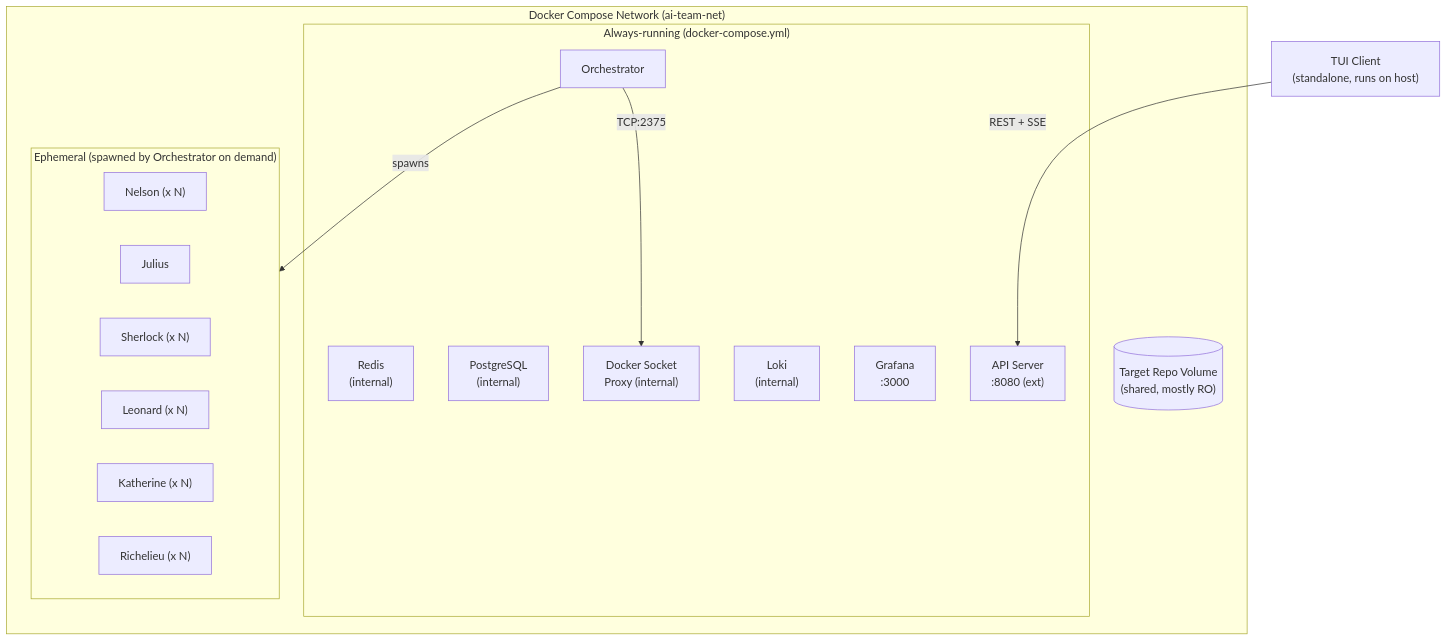
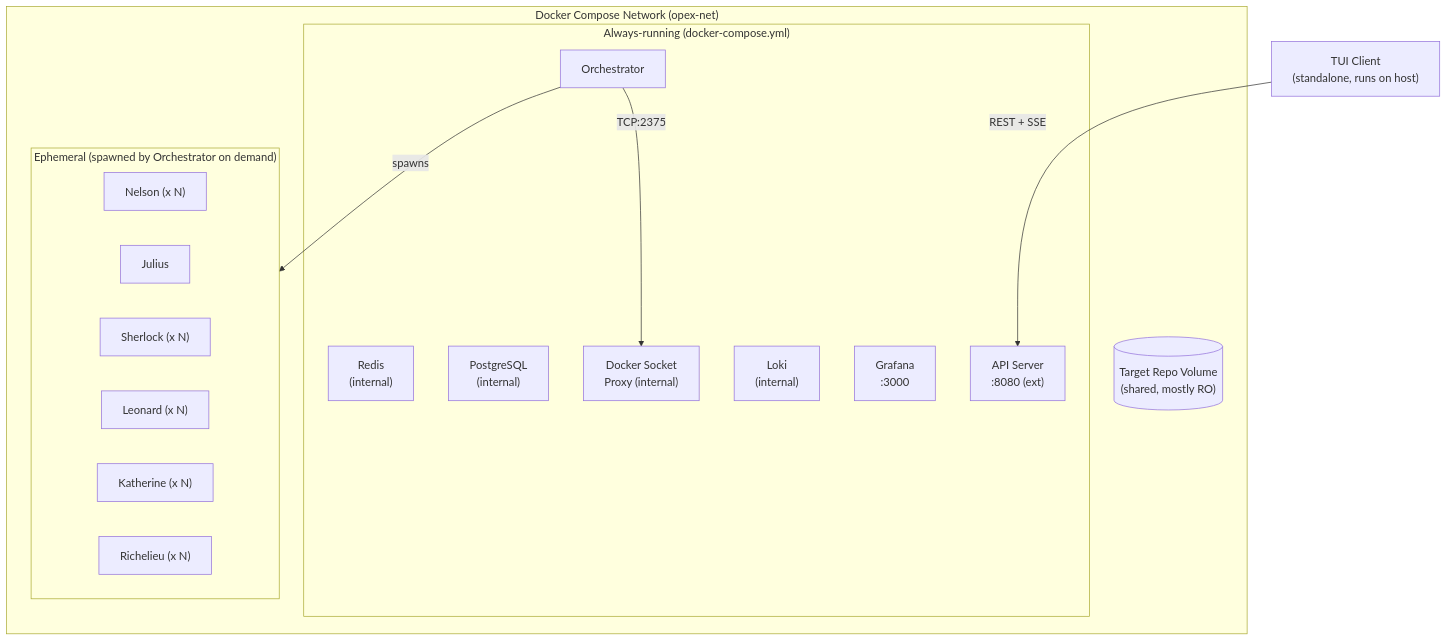
Before and after one commit to 0xc14m1z/opex: the first of 2 diagrams in docs/specs/05-infrastructure.md, drawn with Mermaid. The commit also changed other lines of this file and 24 other files, not shown here.

First line of the commit message:
docs: rename ai-team to opex across all specs and docs

````diff
--- a/docs/specs/05-infrastructure.md
+++ b/docs/specs/05-infrastructure.md
@@ -19,28 +19,28 @@
 ```mermaid
 flowchart TD
-    subgraph DockerNet["Docker Compose Network (ai-team-net)"]
+    subgraph DockerNet["Docker Compose Network (opex-net)"]
         subgraph AlwaysRunning["Always-running (docker-compose.yml)"]
             Redis["Redis\n(internal)"]
             PG["PostgreSQL\n(internal)"]
             Orch["Orchestrator"]
             API["API Server\n:8080 (ext)"]
             Loki["Loki\n(internal)"]
             Grafana["Grafana\n:3000"]
             Proxy["Docker Socket\nProxy (internal)"]
         end
         subgraph Ephemeral["Ephemeral (spawned by Orchestrator on demand)"]
             Nelson["Nelson (x N)"]
             Julius["Julius"]
             Sherlock["Sherlock (x N)"]
             Leonard["Leonard (x N)"]
             Katherine["Katherine (x N)"]
             Richelieu["Richelieu (x N)"]
         end
         RepoVol[("Target Repo Volume\n(shared, mostly RO)")]
     end
 
     TUI["TUI Client\n(standalone, runs on host)"] -->|REST + SSE| API
 
     Orch -->|spawns| Ephemeral
     Orch -->|TCP:2375| Proxy
 ```
````
